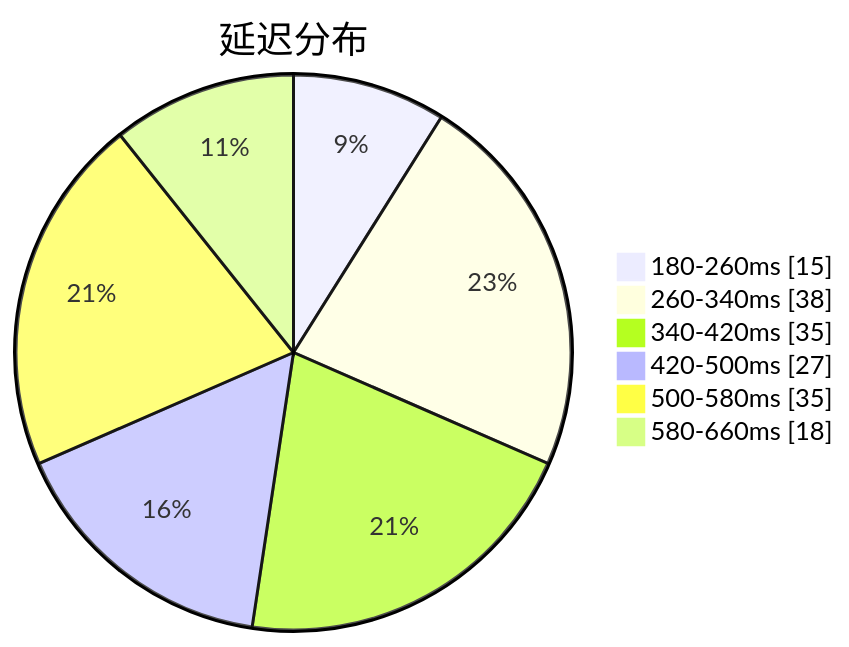
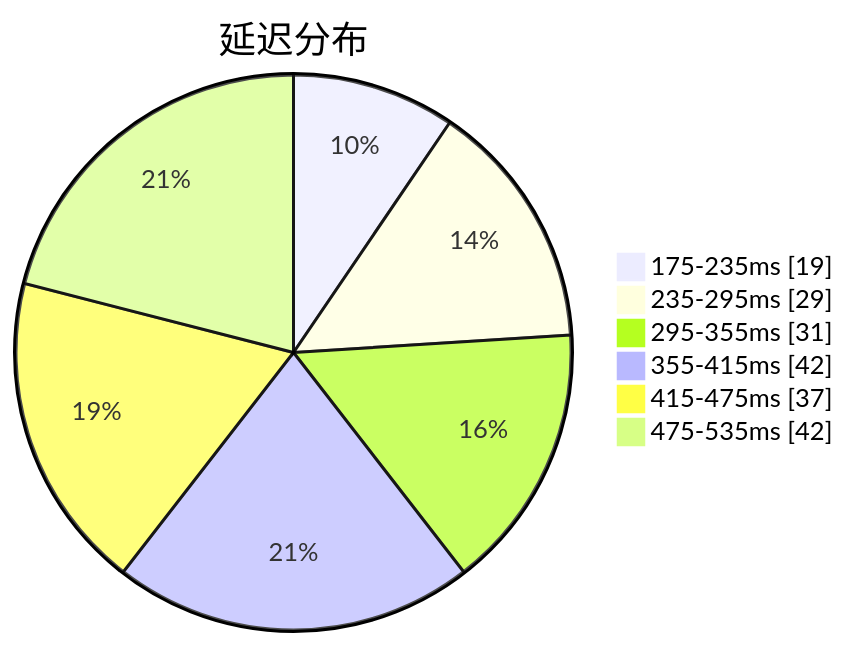
Before and after one commit to qjlxg/airport: the first of 3 diagrams in subs/statistics/tested_within.md, drawn with Mermaid. The commit also changed other lines of this file and 2 other files, not shown here.

````diff
--- a/subs/statistics/tested_within.md
+++ b/subs/statistics/tested_within.md
@@ -2,10 +2,10 @@
 ```mermaid
 pie showData
 title 延迟分布
-"180-260ms" : 15
-"260-340ms" : 38
-"340-420ms" : 35
-"420-500ms" : 27
-"500-580ms" : 35
-"580-660ms" : 18
+"175-235ms" : 19
+"235-295ms" : 29
+"295-355ms" : 31
+"355-415ms" : 42
+"415-475ms" : 37
+"475-535ms" : 42
 ```
````
